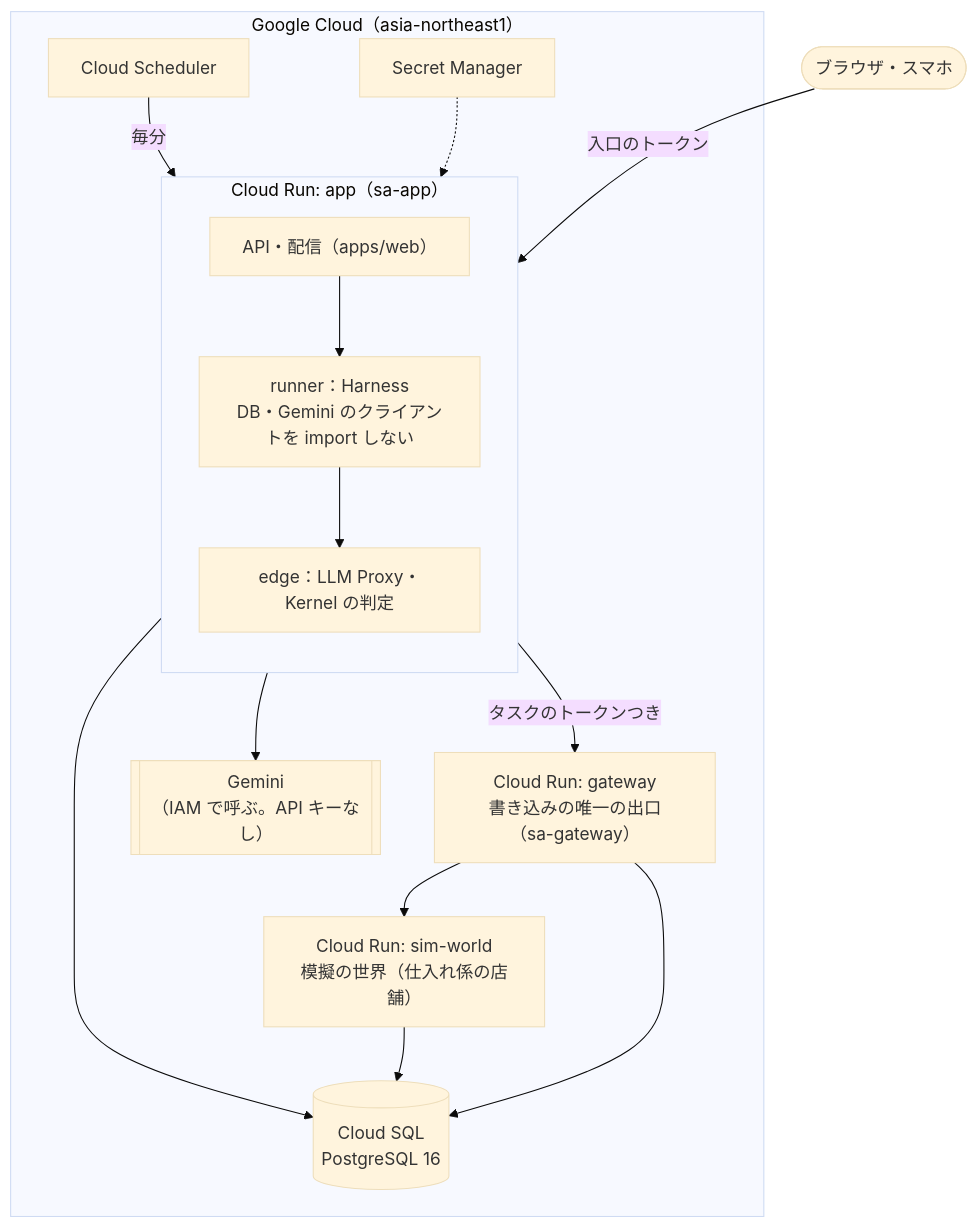
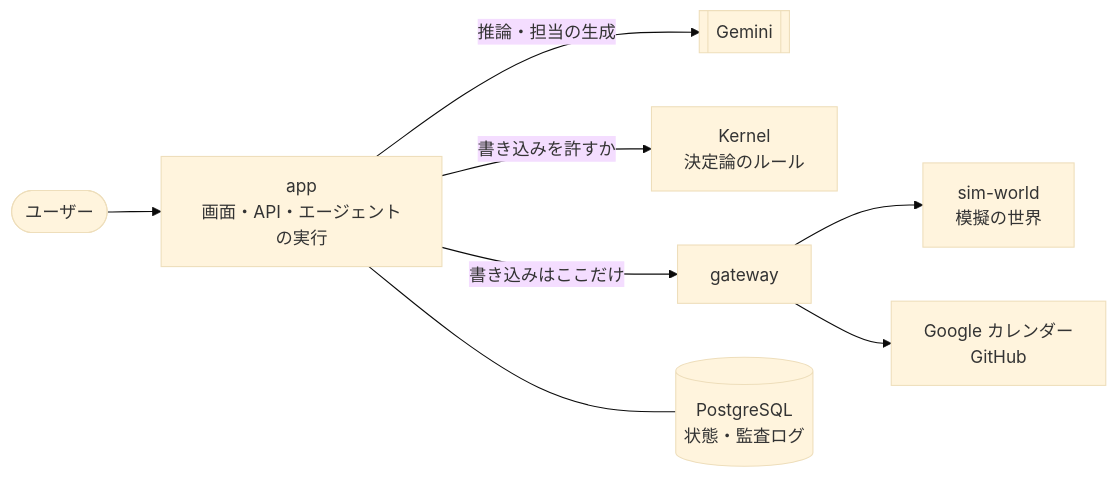
The diagram in README.md (itiwoja/agent-team), drawn with Mermaid (base theme) before and after one commit. The commit also changed other lines of this file and 162 other files, not shown here.

````diff
--- a/README.md
+++ b/README.md
@@ -116,19 +20,10 @@
 ```mermaid
-flowchart TB
-  U([ブラウザ・スマホ]) -->|入口のトークン| APP
-  subgraph GCP["Google Cloud（asia-northeast1）"]
-    subgraph APP["Cloud Run: app（sa-app）"]
-      direction TB
-      API["API・配信（apps/web）"] --> RUN["runner：Harness<br/>DB・Gemini のクライアントを import しない"]
-      RUN --> EDGE["edge：LLM Proxy・Kernel の判定"]
-    end
-    API --> SQL[("Cloud SQL<br/>PostgreSQL 16")]
-    EDGE --> VX[["Gemini<br/>（IAM で呼ぶ。API キーなし）"]]
-    EDGE -->|タスクのトークンつき| GW["Cloud Run: gateway<br/>書き込みの唯一の出口（sa-gateway）"]
-    GW --> SIM["Cloud Run: sim-world<br/>模擬の世界（仕入れ係の店舗）"]
-    GW --> SQL
-    SIM --> SQL
-    SCH["Cloud Scheduler"] -->|毎分| API
-    SM["Secret Manager"] -.-> APP
-  end
+flowchart LR
+  U(["ユーザー"]) --> APP["app<br/>画面・API・エージェントの実行"]
+  APP -->|"推論・担当の生成"| G[["Gemini"]]
+  APP -->|"書き込みを許すか"| K["Kernel<br/>決定論のルール"]
+  APP -->|"書き込みはここだけ"| GW["gateway"]
+  GW --> SIM["sim-world<br/>模擬の世界"]
+  GW --> EXT["Google カレンダー<br/>GitHub"]
+  APP --- DB[("PostgreSQL<br/>状態・監査ログ")]
 ```
````
